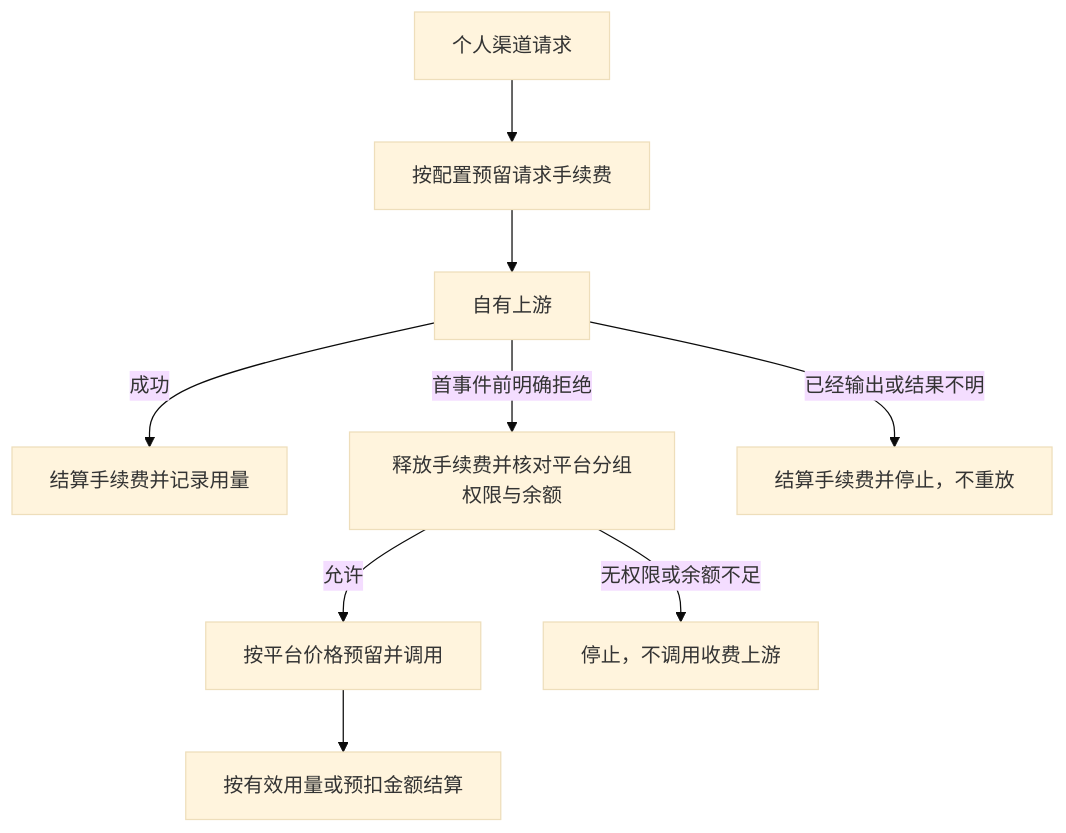
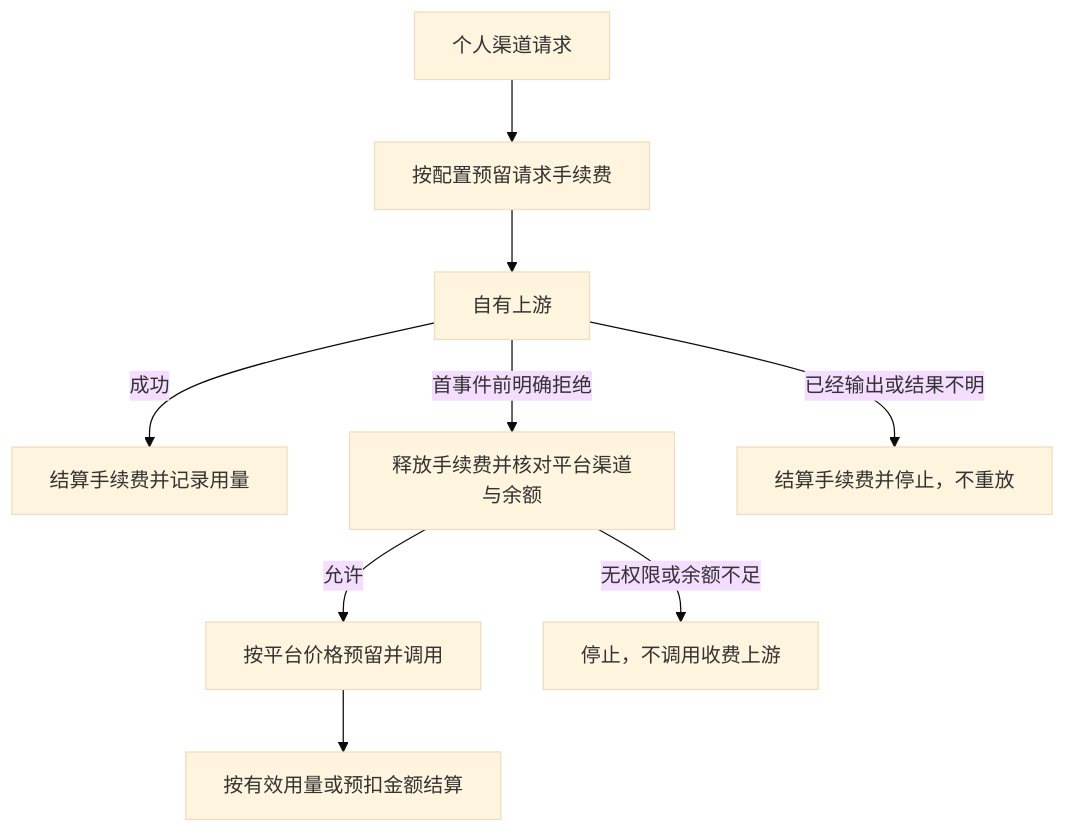
One commit to MoeClub-Open/PluHub changed the diagram in docs/PERSONAL_CHANNELS.md. Above: the diagram before and after it, drawn with Mermaid (base theme). The commit also changed other lines of this file and 34 other files, not shown here.

````diff
--- a/docs/PERSONAL_CHANNELS.md
+++ b/docs/PERSONAL_CHANNELS.md
@@ -78,11 +76,11 @@
 ```mermaid
 flowchart TD
     A[个人渠道请求] --> P[按配置预留请求手续费]
     P --> B[自有上游]
     B -->|成功| C[结算手续费并记录用量]
-    B -->|首事件前明确拒绝| D[释放手续费并核对平台分组权限与余额]
+    B -->|首事件前明确拒绝| D[释放手续费并核对平台渠道与余额]
     D -->|允许| E[按平台价格预留并调用]
     D -->|无权限或余额不足| F[停止，不调用收费上游]
     E --> G[按有效用量或预扣金额结算]
     B -->|已经输出或结果不明| H[结算手续费并停止，不重放]
 ```
````
